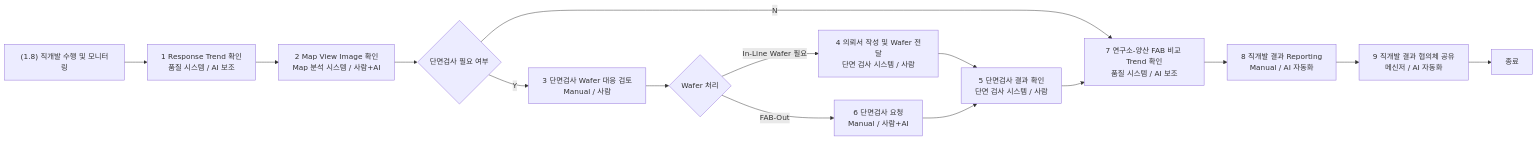
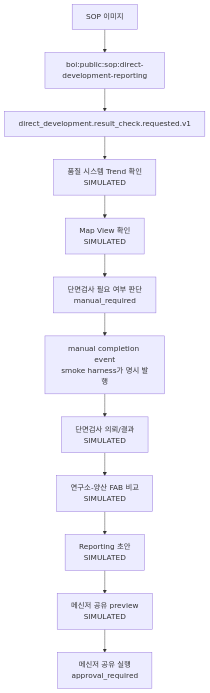
One commit to chokukil/boi-wiki changed the diagram in data/boi/public/boi-wiki-manual/use-cases/sop-image-to-e2e-workflow.md. Above: the diagram before and after it, drawn with Mermaid. The commit also changed other lines of this file and 51 other files, not shown here.

Commit message:
Add direct development SOP E2E simulator PoC

````diff
--- a/data/boi/public/boi-wiki-manual/use-cases/sop-image-to-e2e-workflow.md
+++ b/data/boi/public/boi-wiki-manual/use-cases/sop-image-to-e2e-workflow.md
@@ -81,17 +78,14 @@
 ```mermaid
-flowchart LR
-  S["(1.8) 직개발 수행 및 모니터링"] --> A["1 Response Trend 확인<br/>품질 시스템 / AI 보조"]
-  A --> B["2 Map View Image 확인<br/>Map 분석 시스템 / 사람+AI"]
-  B --> D{"단면검사 필요 여부"}
-  D -- "Y" --> C["3 단면검사 Wafer 대응 검토<br/>Manual / 사람"]
-  C --> E{"Wafer 처리"}
-  E -- "In-Line Wafer 필요" --> F["4 의뢰서 작성 및 Wafer 전달<br/>단면 검사 시스템 / 사람"]
-  E -- "FAB-Out" --> G["6 단면검사 요청<br/>Manual / 사람+AI"]
-  F --> H["5 단면검사 결과 확인<br/>단면 검사 시스템 / 사람"]
-  G --> H
-  D -- "N" --> I["7 연구소-양산 FAB 비교 Trend 확인<br/>품질 시스템 / AI 보조"]
-  H --> I
-  I --> J["8 직개발 결과 Reporting<br/>Manual / AI 자동화"]
-  J --> K["9 직개발 결과 협의체 공유<br/>메신저 / AI 자동화"]
-  K --> Z["종료"]
+flowchart TD
+  A["SOP 이미지"] --> B["boi:public:sop:direct-development-reporting"]
+  B --> C["direct_development.result_check.requested.v1"]
+  C --> D["품질 시스템 Trend 확인<br/>SIMULATED"]
+  D --> E["Map View 확인<br/>SIMULATED"]
+  E --> F["단면검사 필요 여부 판단<br/>manual_required"]
+  F --> G["manual completion event<br/>smoke harness가 명시 발행"]
+  G --> H["단면검사 의뢰/결과<br/>SIMULATED"]
+  H --> I["연구소-양산 FAB 비교<br/>SIMULATED"]
+  I --> J["Reporting 초안<br/>SIMULATED"]
+  J --> K["메신저 공유 preview<br/>SIMULATED"]
+  K --> L["메신저 공유 실행<br/>approval_required"]
 ```
````
